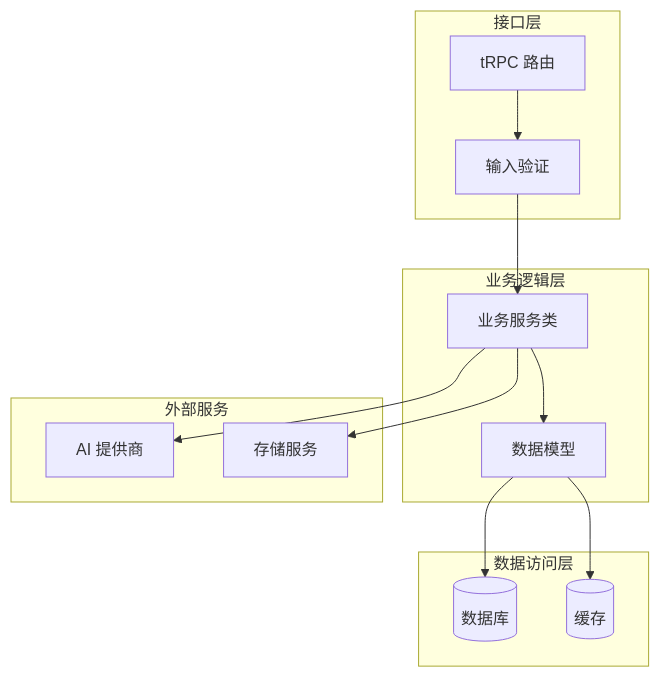
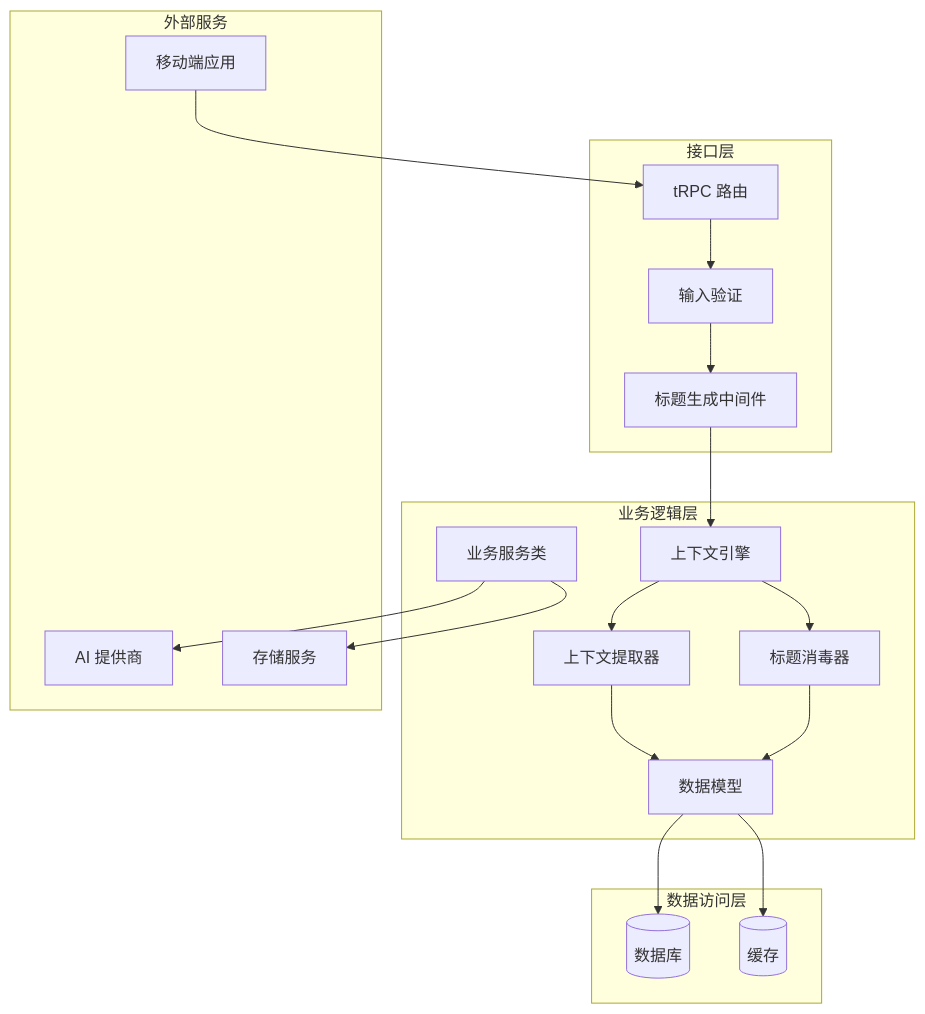
The second of 7 diagrams in .qoder/repowiki/zh/content/API 接口文档/tRPC 接口规范/Lambda 路由模块/Lambda 路由模块.md (AvatoLabs/avato), drawn with Mermaid before and after one commit. The commit also changed other lines of this file and 158 other files, not shown here.

````diff
--- a/.qoder/repowiki/zh/content/API 接口文档/tRPC 接口规范/Lambda 路由模块/Lambda 路由模块.md
+++ b/.qoder/repowiki/zh/content/API 接口文档/tRPC 接口规范/Lambda 路由模块/Lambda 路由模块.md
@@ -109,26 +123,36 @@
 ```mermaid
 graph TD
 subgraph "接口层"
 TRPC[tRPC 路由]
 Validation[输入验证]
+TitleGeneration[标题生成中间件]
 end
 subgraph "业务逻辑层"
 Service[业务服务类]
+ContextEngine[上下文引擎]
+ContextExtractor[上下文提取器]
+TitleSanitizer[标题消毒器]
 Model[数据模型]
 end
 subgraph "数据访问层"
 Database[(数据库)]
 Cache[(缓存)]
 end
 TRPC --> Validation
-Validation --> Service
-Service --> Model
+Validation --> TitleGeneration
+TitleGeneration --> ContextEngine
+ContextEngine --> ContextExtractor
+ContextEngine --> TitleSanitizer
+ContextExtractor --> Model
+TitleSanitizer --> Model
 Model --> Database
 Model --> Cache
 subgraph "外部服务"
 AIProvider[AI 提供商]
 Storage[存储服务]
+MobileApp[移动端应用]
 end
 Service --> AIProvider
 Service --> Storage
+MobileApp --> TRPC
 ```
````
